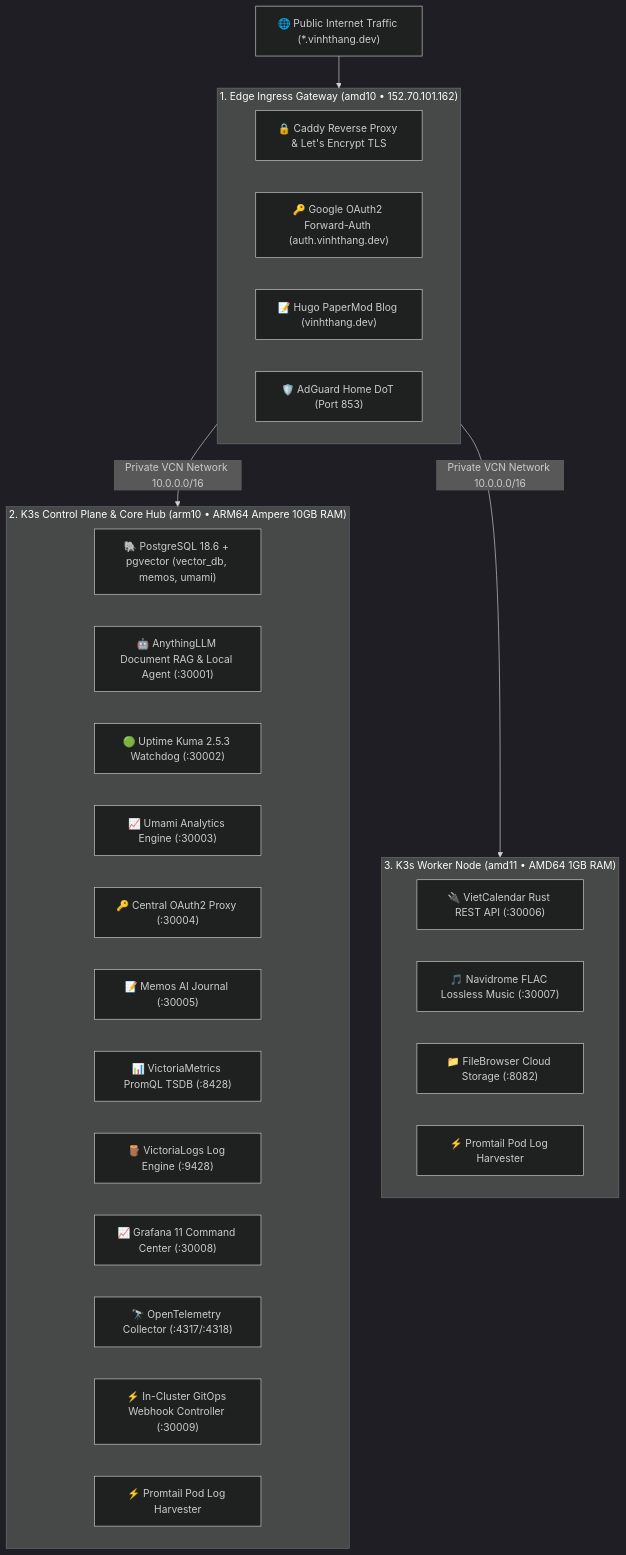
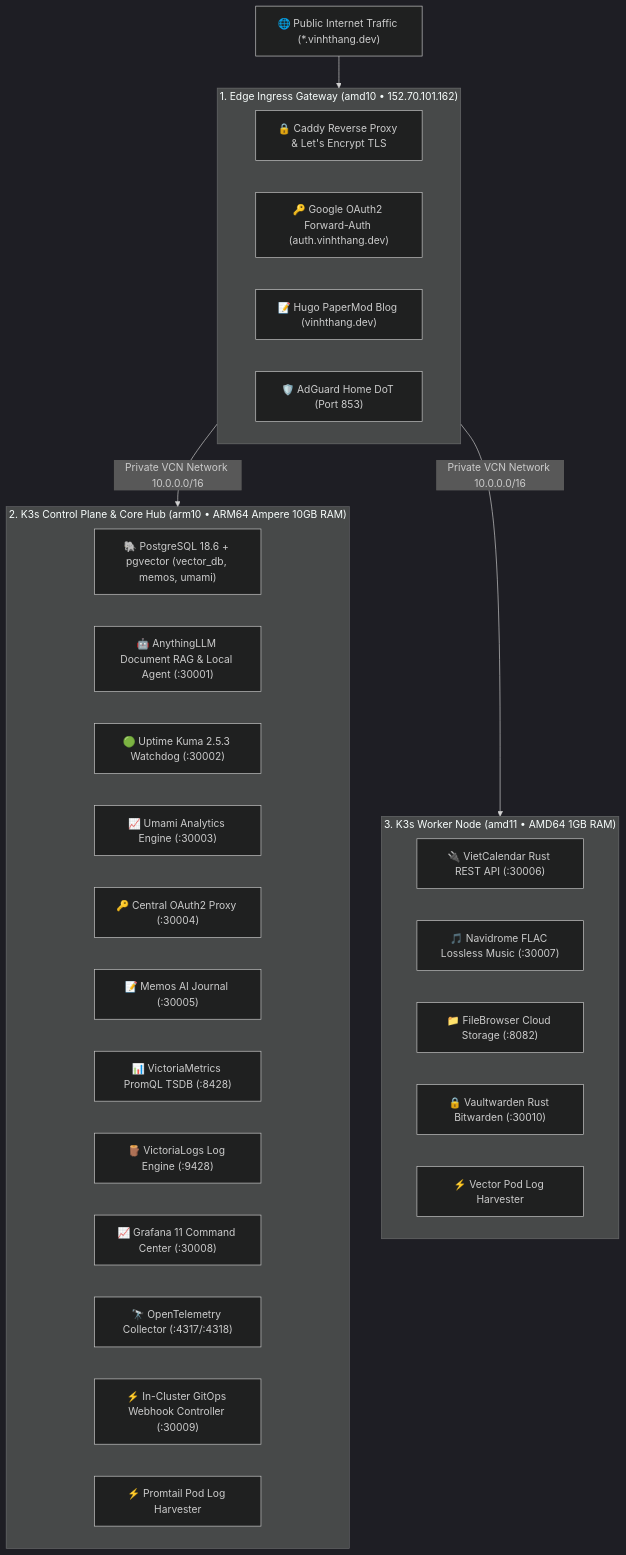
One commit to vinhthang/oci changed the first of 2 diagrams in README.md. Above: the diagram before and after it, drawn with Mermaid (dark theme). The commit also changed other lines of this file and 6 other files, not shown here.

````diff
--- a/README.md
+++ b/README.md
@@ -18,36 +18,37 @@
 ```mermaid
 graph TD
     User["🌐 Public Internet Traffic (*.vinhthang.dev)"] --> Edge
 
     subgraph Edge["1. Edge Ingress Gateway (amd10 • 152.70.101.162)"]
         Caddy["🔒 Caddy Reverse Proxy & Let's Encrypt TLS"]
         SSO["🔑 Google OAuth2 Forward-Auth (auth.vinhthang.dev)"]
         Blog["📝 Hugo PaperMod Blog (vinhthang.dev)"]
         DNS["🛡️ AdGuard Home DoT (Port 853)"]
     end
 
     Edge -->|Private VCN Network 10.0.0.0/16| K8sMaster
     Edge -->|Private VCN Network 10.0.0.0/16| K8sWorker
 
     subgraph K8sMaster["2. K3s Control Plane & Core Hub (arm10 • ARM64 Ampere 10GB RAM)"]
         PG["🐘 PostgreSQL 18.6 + pgvector (vector_db, memos, umami)"]
         AI["🤖 AnythingLLM Document RAG & Local Agent (:30001)"]
         Kuma["🟢 Uptime Kuma 2.5.3 Watchdog (:30002)"]
         Umami["📈 Umami Analytics Engine (:30003)"]
         OAuth["🔑 Central OAuth2 Proxy (:30004)"]
         Memos["📝 Memos AI Journal (:30005)"]
         VM["📊 VictoriaMetrics PromQL TSDB (:8428)"]
         VL["🪵 VictoriaLogs Log Engine (:9428)"]
         Grafana["📈 Grafana 11 Command Center (:30008)"]
         OTel["🔭 OpenTelemetry Collector (:4317/:4318)"]
         GitOps["⚡ In-Cluster GitOps Webhook Controller (:30009)"]
         Promtail1["⚡ Promtail Pod Log Harvester"]
     end
 
     subgraph K8sWorker["3. K3s Worker Node (amd11 • AMD64 1GB RAM)"]
         VC["🔌 VietCalendar Rust REST API (:30006)"]
         Navi["🎵 Navidrome FLAC Lossless Music (:30007)"]
         Files["📁 FileBrowser Cloud Storage (:8082)"]
-        Promtail2["⚡ Promtail Pod Log Harvester"]
+        VW["🔒 Vaultwarden Rust Bitwarden (:30010)"]
+        Vector["⚡ Vector Pod Log Harvester"]
     end
 ```
````
